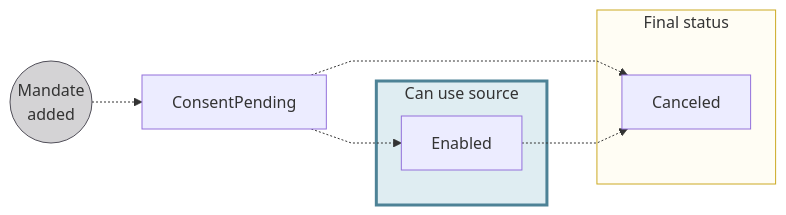
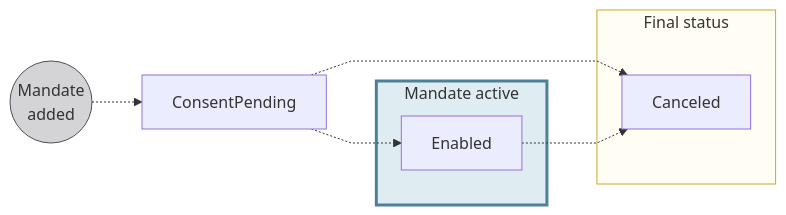
Before and after one commit to swan-io/docs: the second of 3 diagrams in docs/accounts/concepts/funding/statuses.mdx, drawn with Mermaid. The commit also changed other lines of this file and 6 other files, not shown here.

Commit message:
Give every non-final Accounts status row its Next steps, matching each diagram, and relabel the mandate subgraph

````diff
--- a/docs/accounts/concepts/funding/statuses.mdx
+++ b/docs/accounts/concepts/funding/statuses.mdx
@@ -56,17 +56,17 @@
 ```mermaid
 %%{ init: { 'flowchart': { 'curve': 'linear' } } }%%
 flowchart LR
     AMA((Mandate<br/>added)) -.-> CP[ConsentPending]
     CP -.-> E[Enabled]
     CP -.-> C[Canceled]
     E -.-> C
-    subgraph U[Can use source]
+    subgraph U[Mandate active]
         E
     end
     subgraph F[Final status]
         C
     end
     style AMA fill:#D4D3D5,stroke:#514F59
     style F fill:#fffdf4,stroke:#cca922
     style U fill:#dfedf2,stroke:#4d8296, stroke-width:3px
 ```
````
